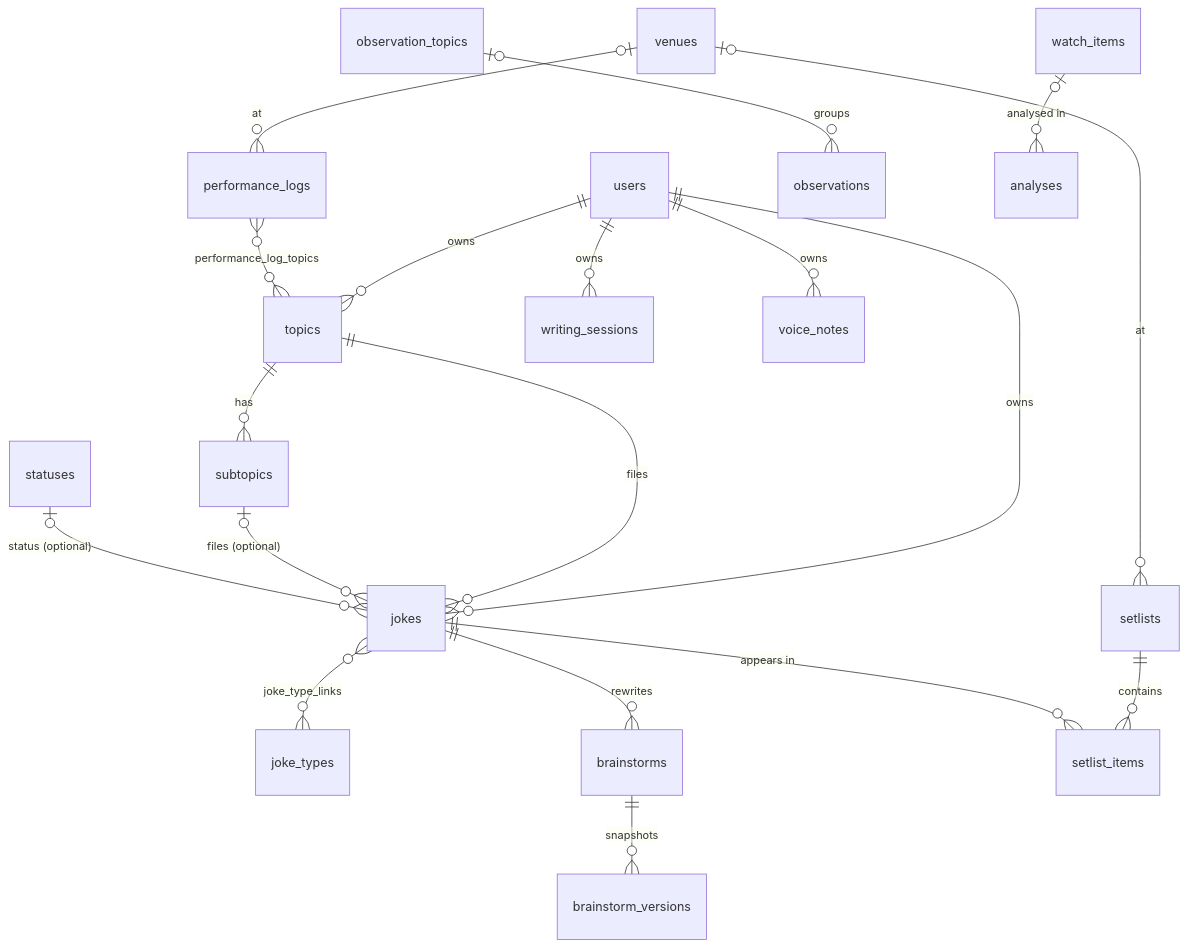
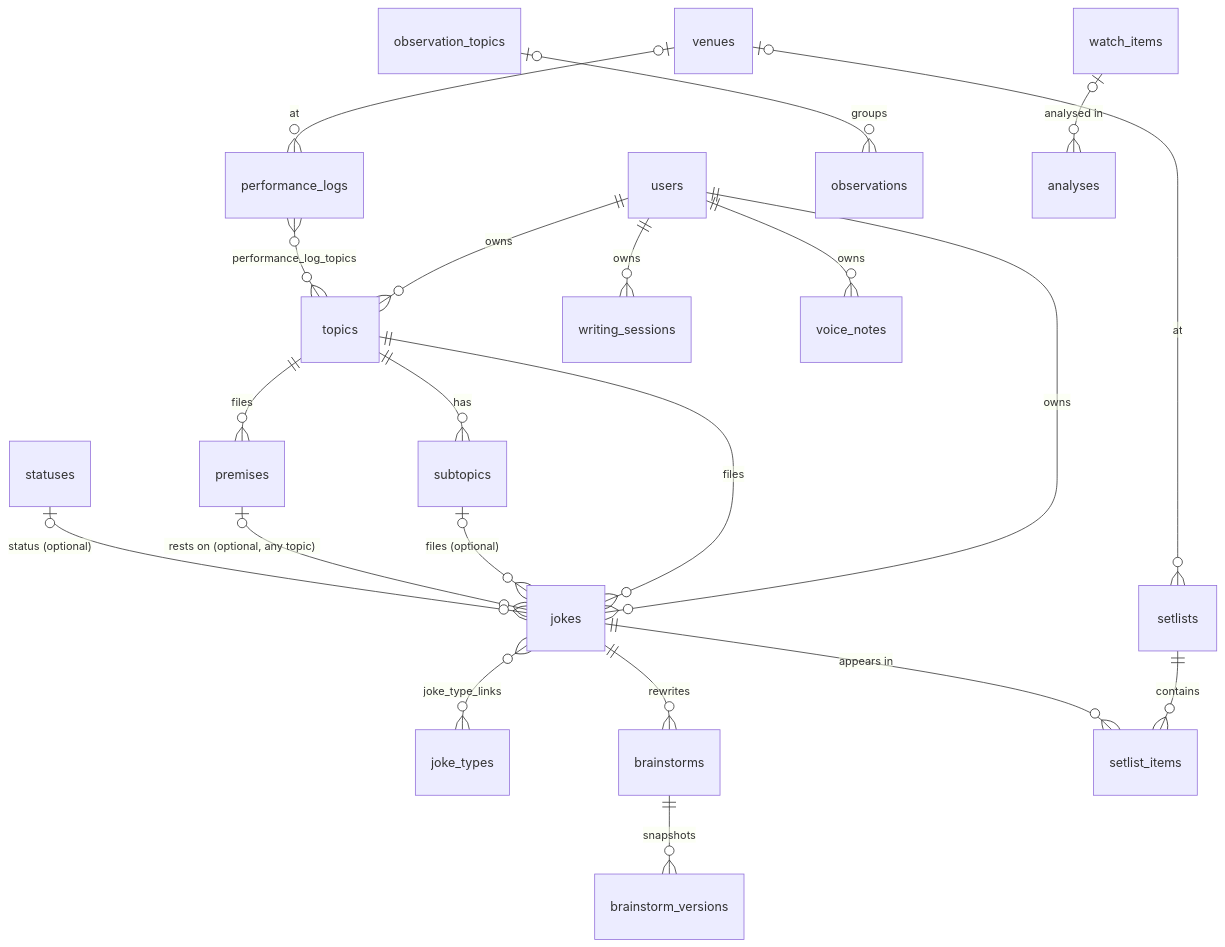
The diagram in docs/data-model.md (s-samarth/joke-box), drawn with Mermaid before and after one commit. The commit also changed other lines of this file and 46 other files, not shown here.

````diff
--- a/docs/data-model.md
+++ b/docs/data-model.md
@@ -26,21 +26,23 @@
 ```mermaid
 erDiagram
   users ||--o{ topics : owns
   users ||--o{ jokes : owns
   topics ||--o{ subtopics : has
   topics ||--o{ jokes : files
   subtopics |o--o{ jokes : "files (optional)"
+  topics ||--o{ premises : files
+  premises |o--o{ jokes : "rests on (optional, any topic)"
   statuses |o--o{ jokes : "status (optional)"
   jokes }o--o{ joke_types : joke_type_links
   jokes ||--o{ brainstorms : rewrites
   brainstorms ||--o{ brainstorm_versions : snapshots
   setlists ||--o{ setlist_items : contains
   jokes ||--o{ setlist_items : "appears in"
   venues |o--o{ setlists : at
   venues |o--o{ performance_logs : at
   performance_logs }o--o{ topics : performance_log_topics
   observation_topics |o--o{ observations : groups
   watch_items |o--o{ analyses : "analysed in"
   users ||--o{ writing_sessions : owns
   users ||--o{ voice_notes : owns
 ```
````
